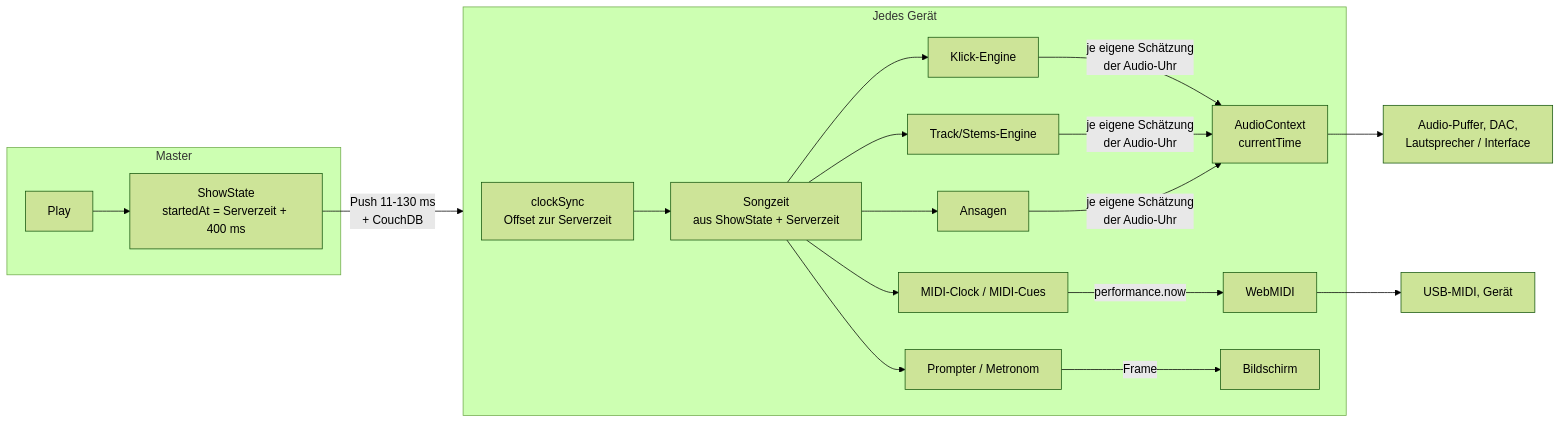
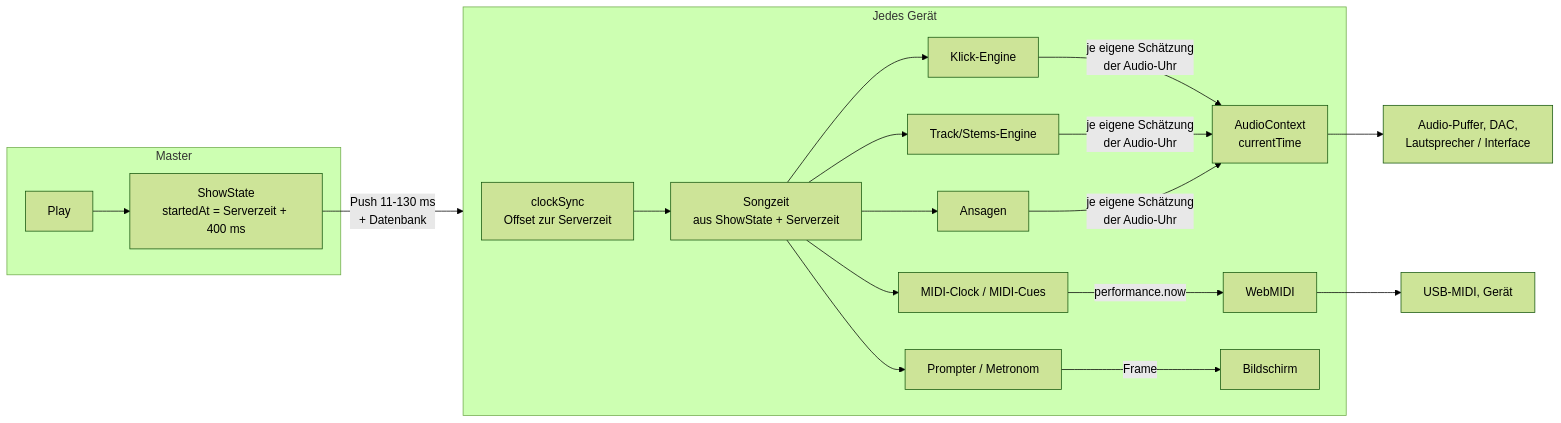
One commit to marcomeyer1995/stageboard-core changed the diagram in docs/29_Synchronitaet.md. Above: the diagram before and after it, drawn with Mermaid (forest theme). The commit also changed other lines of this file and 11 other files, not shown here.

````diff
--- a/docs/29_Synchronitaet.md
+++ b/docs/29_Synchronitaet.md
@@ -30,20 +30,20 @@
 ```mermaid
 flowchart LR
   subgraph Master
     P[Play] --> SS[ShowState<br/>startedAt = Serverzeit + 400 ms]
   end
-  SS -- Push 11-130 ms<br/>+ CouchDB --> G
+  SS -- Push 11-130 ms<br/>+ Datenbank --> G
   subgraph G[Jedes Gerät]
     CS[clockSync<br/>Offset zur Serverzeit] --> ST[Songzeit<br/>aus ShowState + Serverzeit]
     ST --> E1[Klick-Engine]
     ST --> E2[Track/Stems-Engine]
     ST --> E3[Ansagen]
     ST --> E4[MIDI-Clock / MIDI-Cues]
     ST --> E5[Prompter / Metronom]
     E1 & E2 & E3 -- je eigene Schätzung<br/>der Audio-Uhr --> AC[AudioContext<br/>currentTime]
     E4 -- performance.now --> WM[WebMIDI]
     E5 -- Frame --> SCR[Bildschirm]
   end
   AC --> HW1[Audio-Puffer, DAC,<br/>Lautsprecher / Interface]
   WM --> HW2[USB-MIDI, Gerät]
 ```
````
